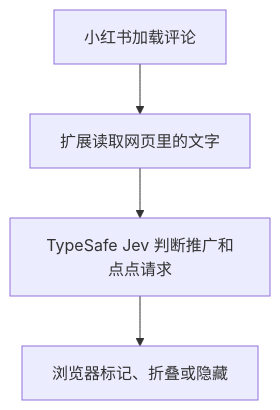
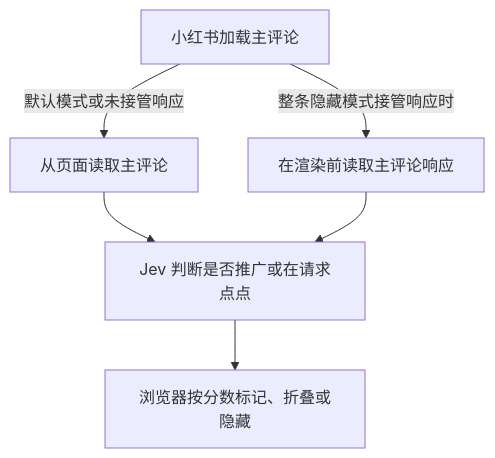
One commit to JDChi/jev-rednote changed the diagram in README.md. Above: the diagram before and after it, drawn with Mermaid. The commit also changed other lines of this file and 2 other files, not shown here.

Commit message:
fix: keep comment timeouts out of the page

````diff
--- a/README.md
+++ b/README.md
@@ -41,6 +41,9 @@
 ```mermaid
 flowchart TD
-    A["小红书加载评论"] --> B["扩展读取网页里的文字"]
-    B --> C["TypeSafe Jev 判断推广和点点请求"]
-    C --> D["浏览器标记、折叠或隐藏"]
+    A["小红书加载主评论"]
+    A -->|"默认模式或未接管响应"| B["从页面读取主评论"]
+    A -->|"整条隐藏模式接管响应时"| C["在渲染前读取主评论响应"]
+    B --> D["Jev 判断是否推广或在请求点点"]
+    C --> D
+    D --> E["浏览器按分数标记、折叠或隐藏"]
 ```
````
